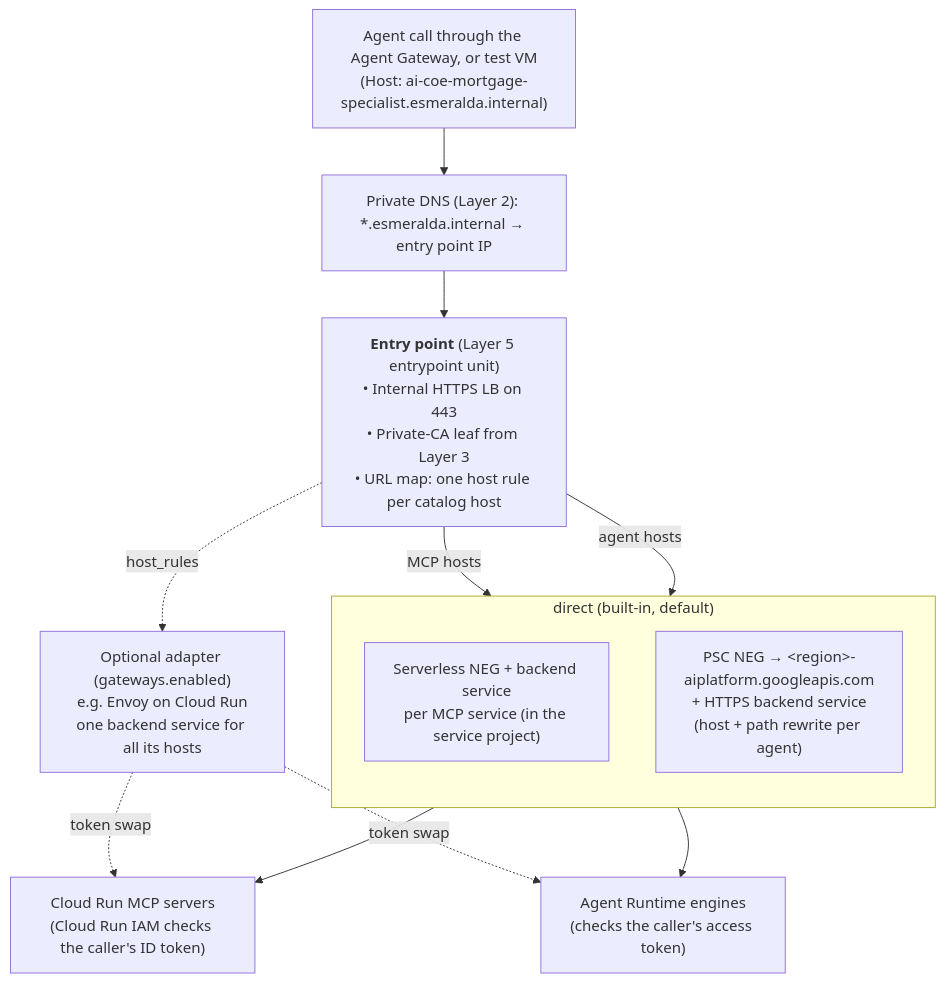
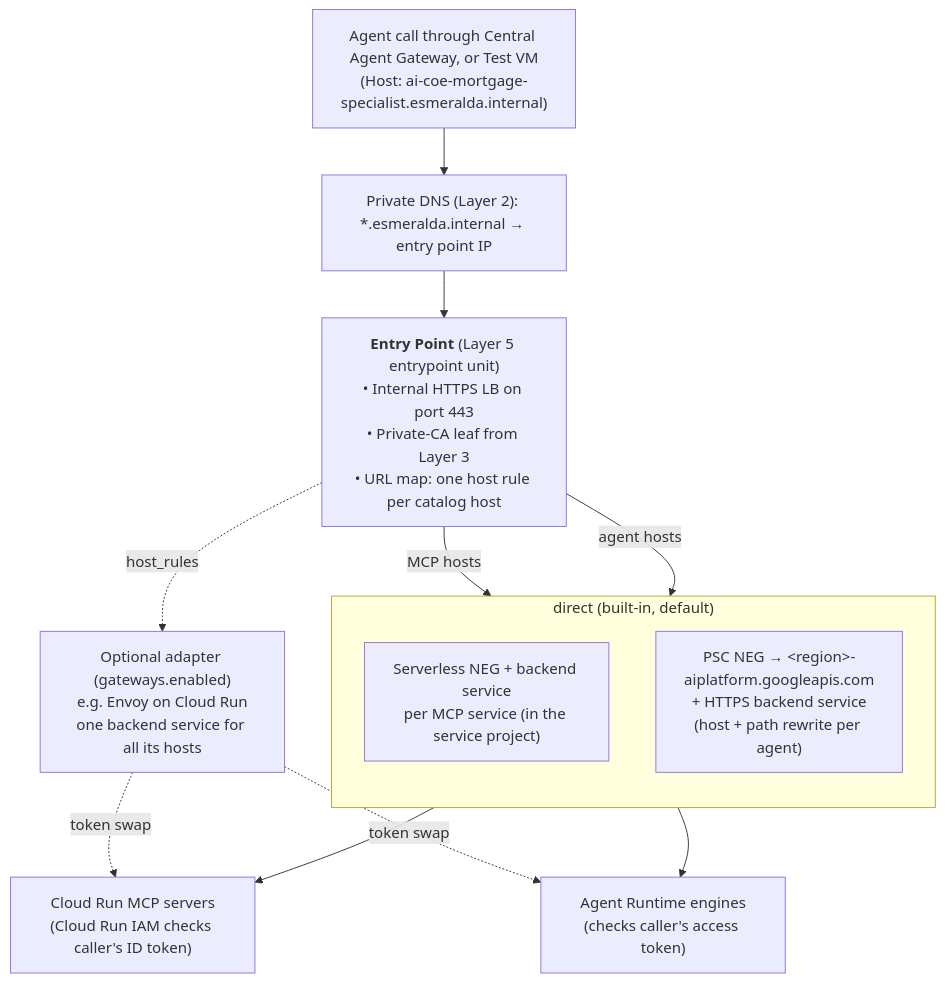
The diagram in docs/src/2-workloads-and-catalog/01-ingress-gateways.md (google/esmeralda), drawn with Mermaid before and after one commit. The commit also changed other lines of this file and 19 other files, not shown here.

````diff
--- a/docs/src/2-workloads-and-catalog/01-ingress-gateways.md
+++ b/docs/src/2-workloads-and-catalog/01-ingress-gateways.md
@@ -60,24 +45,24 @@
 ```mermaid
 flowchart TD
-    Req["Agent call through the Agent Gateway, or test VM<br/>(Host: ai-coe-mortgage-specialist.esmeralda.internal)"]
+    Req["Agent call through Central Agent Gateway, or Test VM<br/>(Host: ai-coe-mortgage-specialist.esmeralda.internal)"]
     DNS["Private DNS (Layer 2): *.esmeralda.internal → entry point IP"]
-    EP["<b>Entry point</b> (Layer 5 entrypoint unit)<br/>• Internal HTTPS LB on 443<br/>• Private-CA leaf from Layer 3<br/>• URL map: one host rule per catalog host"]
+    EP["<b>Entry Point</b> (Layer 5 entrypoint unit)<br/>• Internal HTTPS LB on port 443<br/>• Private-CA leaf from Layer 3<br/>• URL map: one host rule per catalog host"]
 
     subgraph Direct["direct (built-in, default)"]
         direction TB
         SNEG["Serverless NEG + backend service<br/>per MCP service (in the service project)"]
         PNEG["PSC NEG → &lt;region&gt;-aiplatform.googleapis.com<br/>+ HTTPS backend service<br/>(host + path rewrite per agent)"]
     end
 
     Adapter["Optional adapter (gateways.enabled)<br/>e.g. Envoy on Cloud Run<br/>one backend service for all its hosts"]
 
-    MCP["Cloud Run MCP servers<br/>(Cloud Run IAM checks the caller's ID token)"]
-    AR["Agent Runtime engines<br/>(checks the caller's access token)"]
+    MCP["Cloud Run MCP servers<br/>(Cloud Run IAM checks caller's ID token)"]
+    AR["Agent Runtime engines<br/>(checks caller's access token)"]
 
     Req --> DNS --> EP
     EP -->|"MCP hosts"| SNEG --> MCP
     EP -->|"agent hosts"| PNEG --> AR
     EP -.->|"host_rules"| Adapter
     Adapter -.->|"token swap"| MCP
     Adapter -.->|"token swap"| AR
 ```
````
